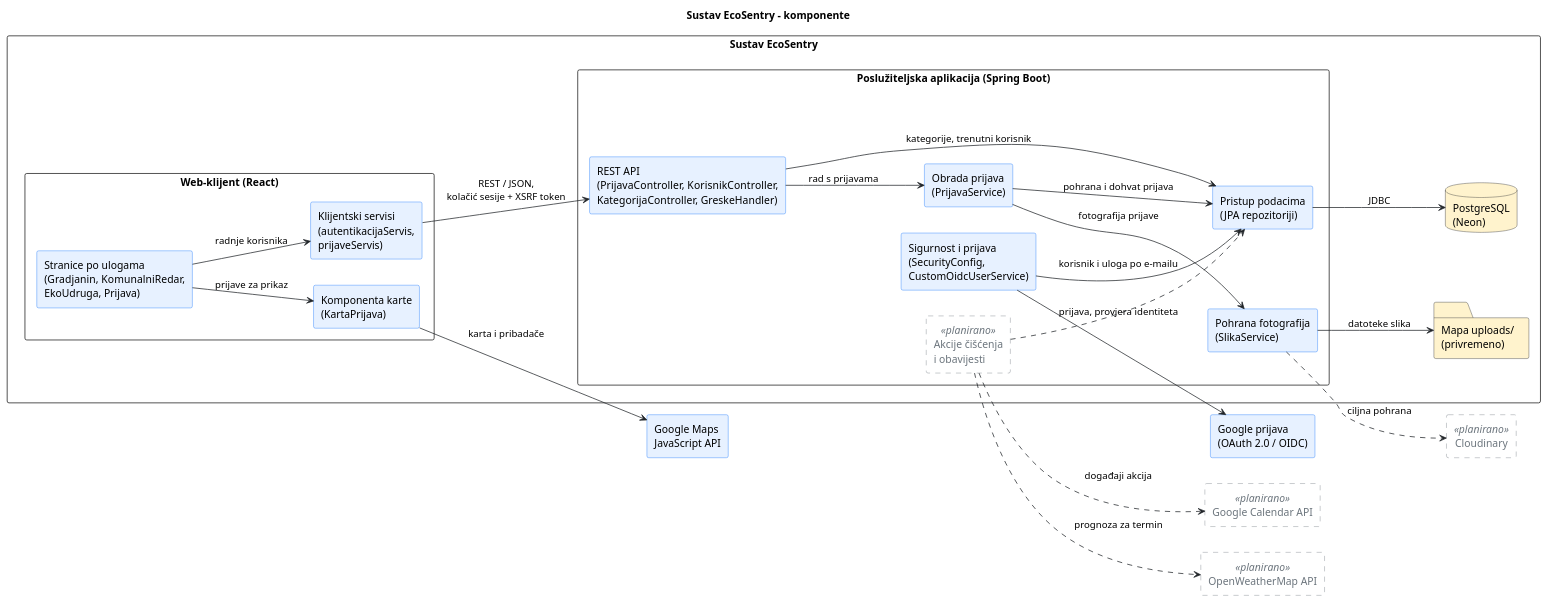
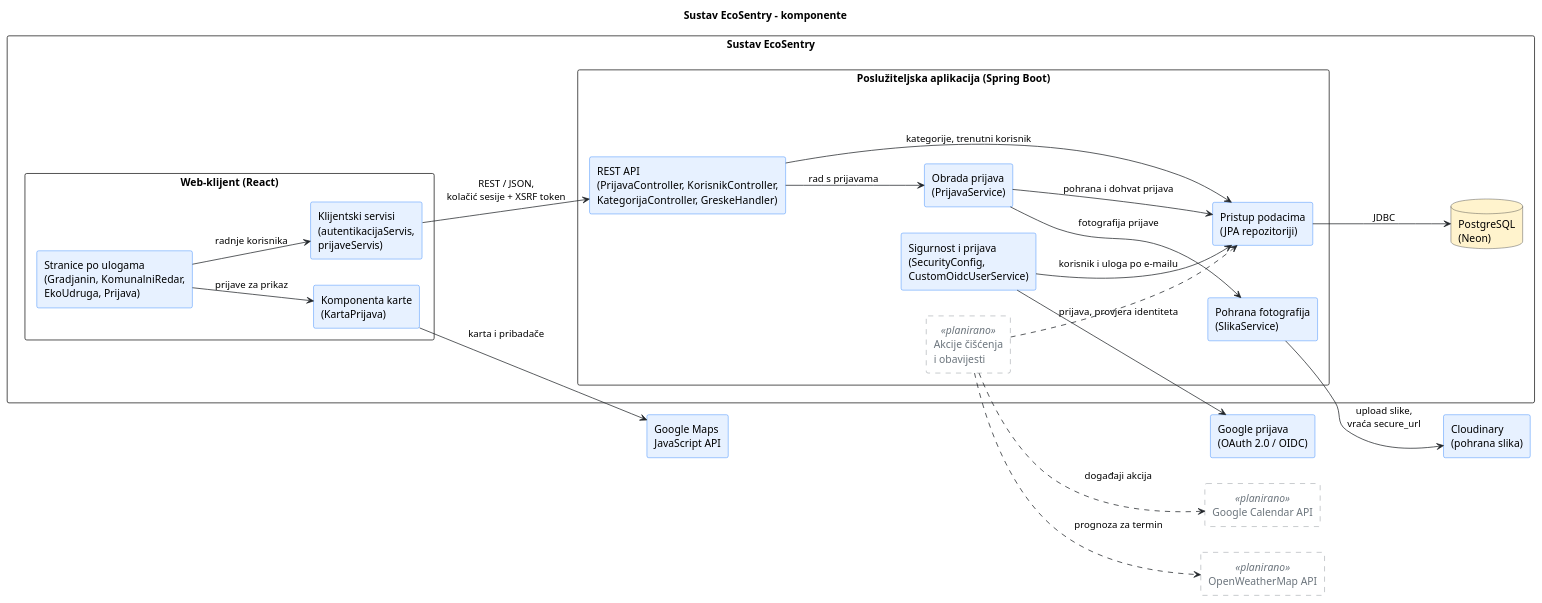
One commit to garbage-collectors-fer/garbage-collectors changed the diagram in docs/puml/4-1-ecosentry-system-CMP.puml. Above: the diagram before and after it, drawn with PlantUML. The commit also changed other lines of this file and 6 other files, not shown here.

```diff
--- a/docs/puml/4-1-ecosentry-system-CMP.puml
+++ b/docs/puml/4-1-ecosentry-system-CMP.puml
@@ -19,89 +19,82 @@
 @startuml
 title Sustav EcoSentry – komponente
 left to right direction
 
 skinparam shadowing false
 skinparam defaultFontName Arial
 skinparam componentStyle rectangle
 skinparam ArrowColor #212529
 
 skinparam component {
     BackgroundColor #E7F1FF
     BorderColor #0D6EFD
 }
 
 skinparam component<<planirano>> {
     BackgroundColor #FFFFFF
     BorderColor #6C757D
     BorderStyle dashed
     FontColor #6C757D
 }
 
 skinparam database {
     BackgroundColor #FFF3CD
     BorderColor #212529
 }
 
-skinparam folder {
-    BackgroundColor #FFF3CD
-    BorderColor #212529
-}
-
 ' ==============================================================================
 ' Granica sustava i unutarnje komponente
 ' ==============================================================================
 
 rectangle "Sustav EcoSentry" {
 
   rectangle "Web-klijent (React)" {
     component "Stranice po ulogama\n(Gradjanin, KomunalniRedar,\nEkoUdruga, Prijava)" as Pages
     component "Komponenta karte\n(KartaPrijava)" as MapCmp
     component "Klijentski servisi\n(autentikacijaServis,\nprijaveServis)" as ClientSvc
   }
 
   rectangle "Poslužiteljska aplikacija (Spring Boot)" {
     component "Sigurnost i prijava\n(SecurityConfig,\nCustomOidcUserService)" as Auth
     component "REST API\n(PrijavaController, KorisnikController,\nKategorijaController, GreskeHandler)" as API
     component "Obrada prijava\n(PrijavaService)" as Reports
     component "Pohrana fotografija\n(SlikaService)" as Photos
     component "Pristup podacima\n(JPA repozitoriji)" as Repo
     component "Akcije čišćenja\ni obavijesti" <<planirano>> as Actions
   }
 
   database "PostgreSQL\n(Neon)" as DB
-  folder "Mapa uploads/\n(privremeno)" as Uploads
 }
 
 ' ==============================================================================
 ' Vanjske usluge
 ' ==============================================================================
 
 component "Google prijava\n(OAuth 2.0 / OIDC)" as Google
 component "Google Maps\nJavaScript API" as Maps
 component "Google Calendar API" <<planirano>> as Calendar
 component "OpenWeatherMap API" <<planirano>> as Weather
-component "Cloudinary" <<planirano>> as Cloudinary
+component "Cloudinary\n(pohrana slika)" as Cloudinary
 
 ' ==============================================================================
 ' Ovisnosti
 ' ==============================================================================
 
 Pages --> ClientSvc : radnje korisnika
 Pages --> MapCmp : prijave za prikaz
 MapCmp --> Maps : karta i pribadače
 ClientSvc --> API : REST / JSON,\nkolačić sesije + XSRF token
 
 Auth --> Google : prijava, provjera identiteta
 Auth --> Repo : korisnik i uloga po e-mailu
 API --> Reports : rad s prijavama
 API --> Repo : kategorije, trenutni korisnik
 Reports --> Photos : fotografija prijave
 Reports --> Repo : pohrana i dohvat prijava
-Photos --> Uploads : datoteke slika
-Photos ..> Cloudinary : ciljna pohrana
+Photos --> Cloudinary : upload slike,\nvraća secure_url
 Repo --> DB : JDBC
 
 Actions ..> Repo
 Actions ..> Calendar : događaji akcija
 Actions ..> Weather : prognoza za termin
 @enduml
```
